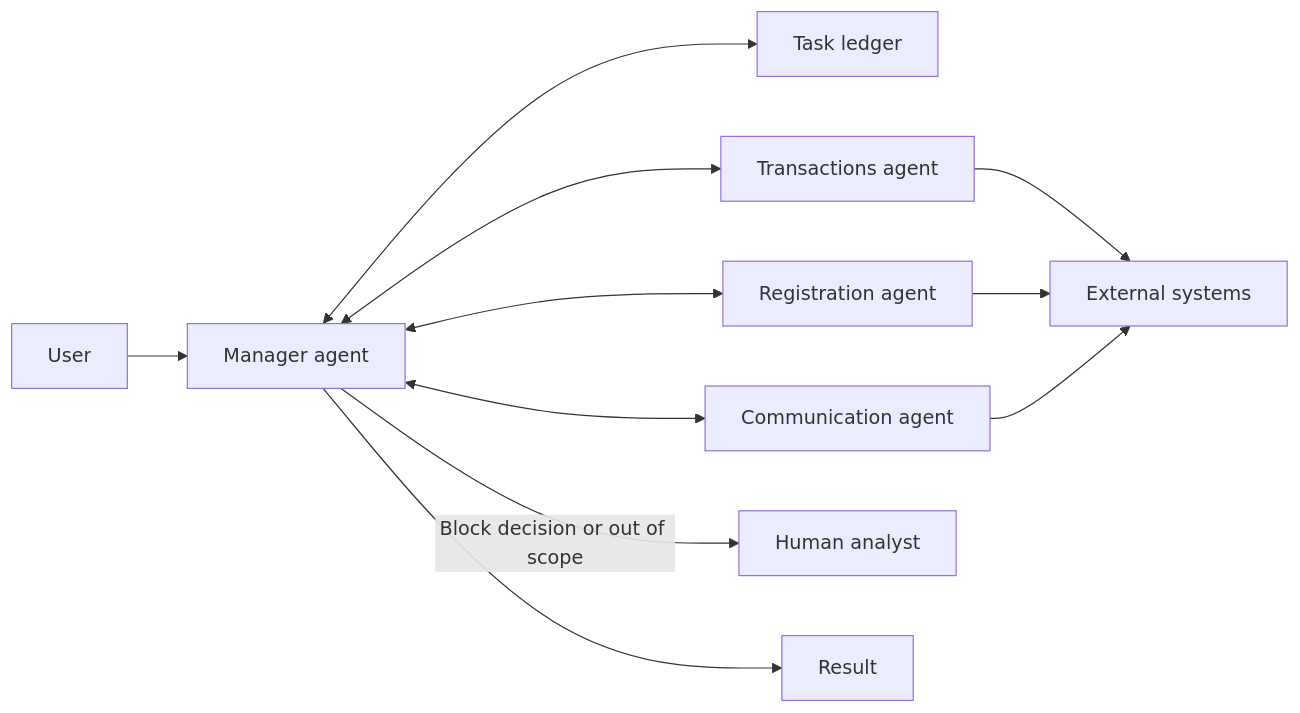
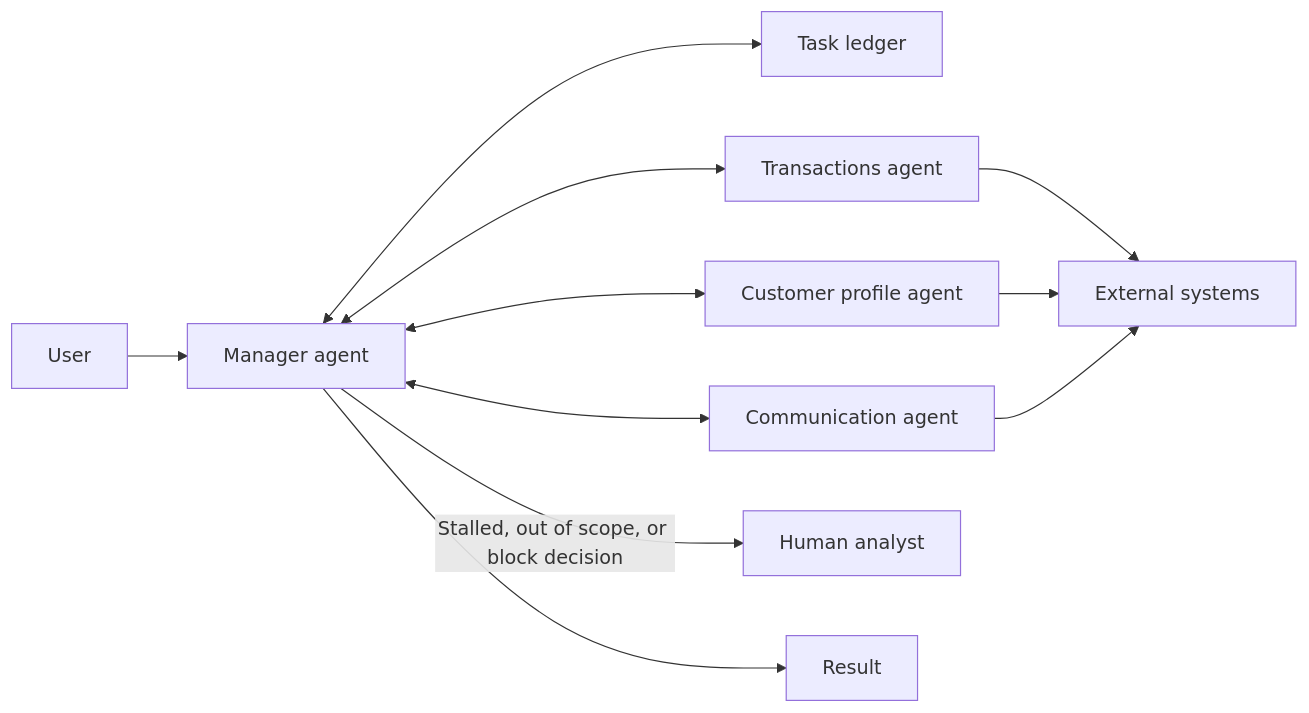
The diagram in i18n/en/docusaurus-plugin-content-docs/current/ai/agent-patterns/dynamic-orchestration/magentic-orchestration.md (alancesar/design-patterns), drawn with Mermaid before and after one commit. The commit also changed 28 other files, not shown here.

Commit message:
Fix diagram review findings in microservices, eip, cloud and agent patterns

````diff
--- a/i18n/en/docusaurus-plugin-content-docs/current/ai/agent-patterns/dynamic-orchestration/magentic-orchestration.md
+++ b/i18n/en/docusaurus-plugin-content-docs/current/ai/agent-patterns/dynamic-orchestration/magentic-orchestration.md
@@ -61,13 +61,13 @@
 ```mermaid
 flowchart LR
     U["User"] --> M["Manager agent"]
     M <--> L["Task ledger"]
     M <--> A1["Transactions agent"]
-    M <--> A2["Registration agent"]
+    M <--> A2["Customer profile agent"]
     M <--> A3["Communication agent"]
     A1 --> S["External systems"]
     A2 --> S
     A3 --> S
-    M -->|"Block decision or out of scope"| H["Human analyst"]
+    M -->|"Stalled, out of scope, or block decision"| H["Human analyst"]
     M --> R["Result"]
 ```
````
